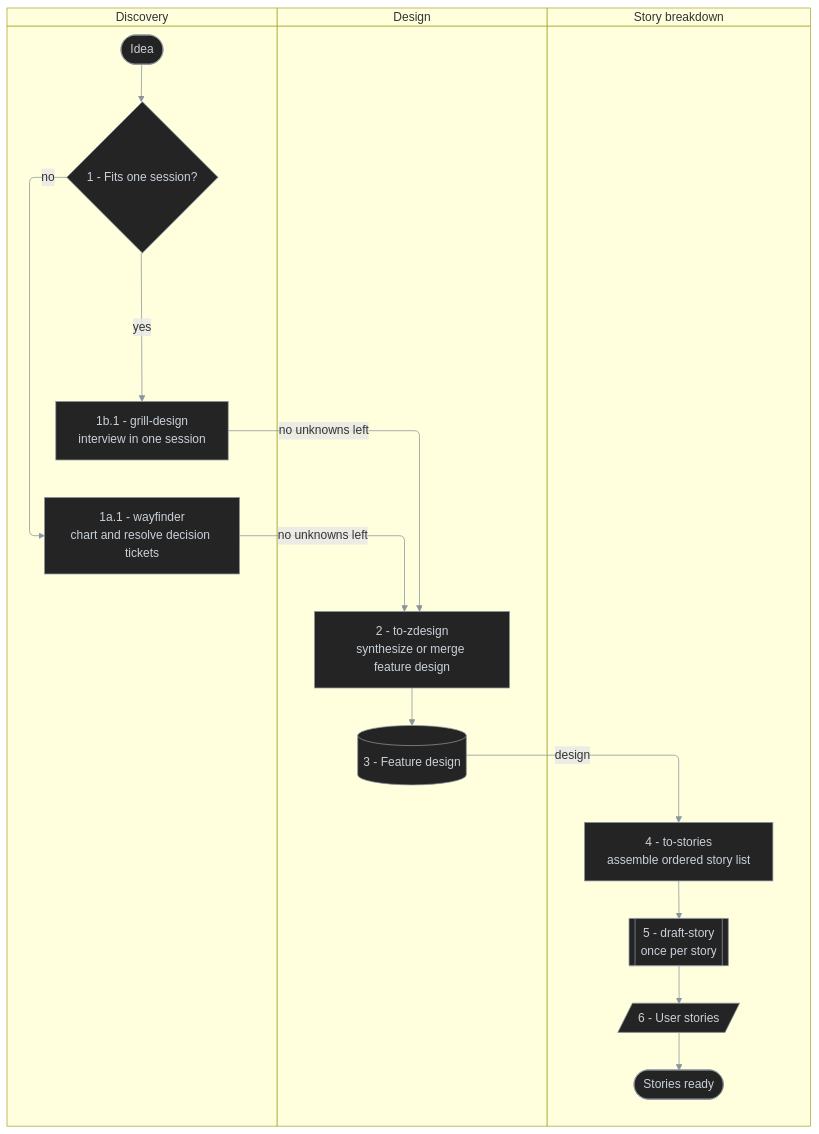
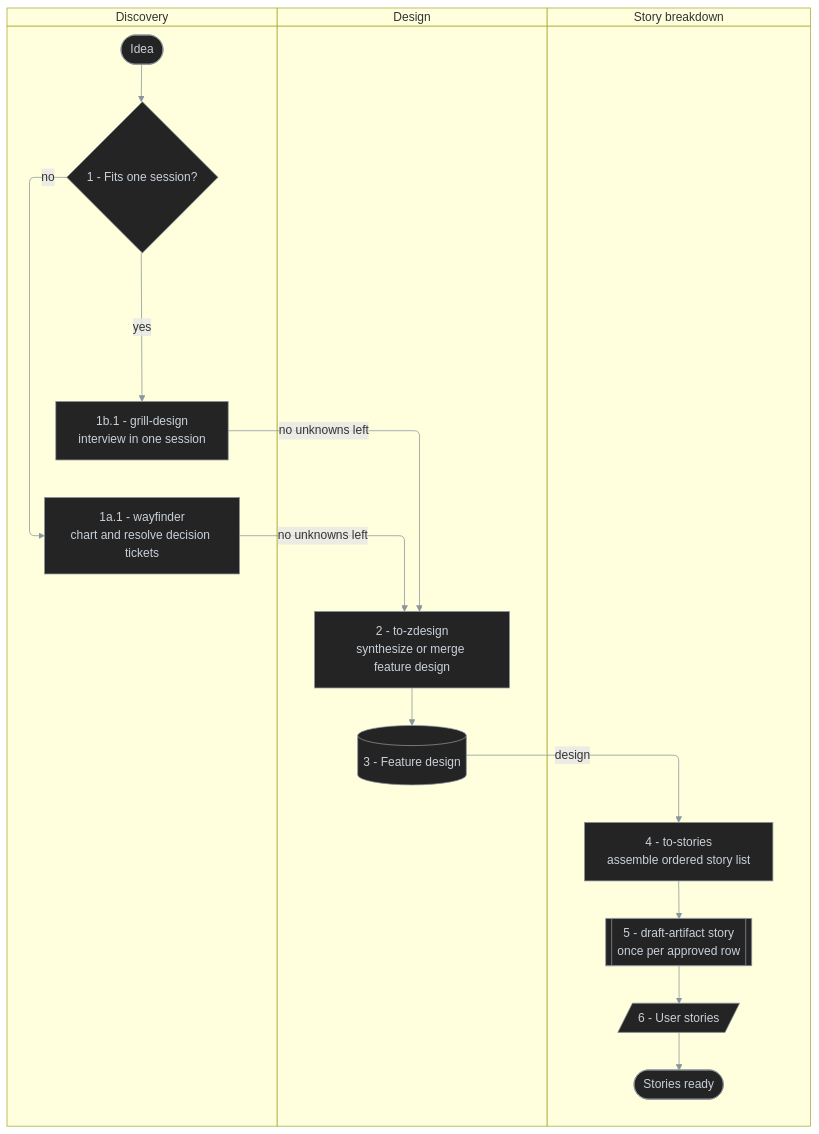
Before and after one commit to antshc/brain: the second of 4 diagrams in plugins/wf/README.md, drawn with Mermaid. The commit also changed other lines of this file and 55 other files, not shown here.

````diff
--- a/plugins/wf/README.md
+++ b/plugins/wf/README.md
@@ -77,33 +77,33 @@
 ```mermaid
 %%{init: {'themeVariables': {'lineColor': '#8b949e'}}}%%
 %% diagram-id: wf-design-to-stories-swimlane
 swimlane-beta TB
   accTitle: Design and story breakdown responsibility
   accDescr: Shows unknowns resolved by wayfinder or grill-design, a feature design synthesized by to-zdesign, and the design broken down into User stories by to-stories.
 
   subgraph discovery [Discovery]
     idea([Idea])
     effortSize{1 - Fits one session?}
     wayfinder[1a.1 - wayfinder<br/>chart and resolve decision tickets]
     grillDesign[1b.1 - grill-design<br/>interview in one session]
   end
 
   subgraph design [Design]
     toZdesign[2 - to-zdesign<br/>synthesize or merge feature design]
     designDoc[(3 - Feature design)]
   end
 
   subgraph breakdown [Story breakdown]
     toStories[4 - to-stories<br/>assemble ordered story list]
-    draftStory[[5 - draft-story<br/>once per story]]
+    draftStory[[5 - draft-artifact story<br/>once per approved row]]
     stories[/6 - User stories/]
     done([Stories ready])
   end
 
   idea --> effortSize
   effortSize -->|no| wayfinder -->|no unknowns left| toZdesign
   effortSize -->|yes| grillDesign -->|no unknowns left| toZdesign
   toZdesign --> designDoc -->|design| toStories --> draftStory --> stories --> done
 
   classDef default fill:#242424,stroke:#8b949e,color:#c9d1d9,stroke-width:1px
 ```
````
